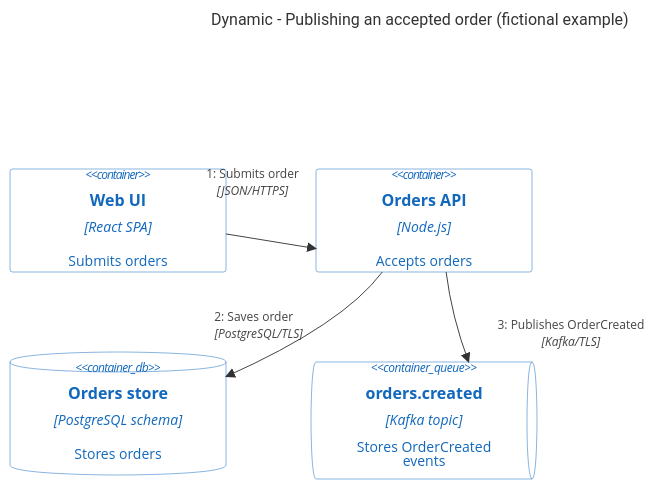
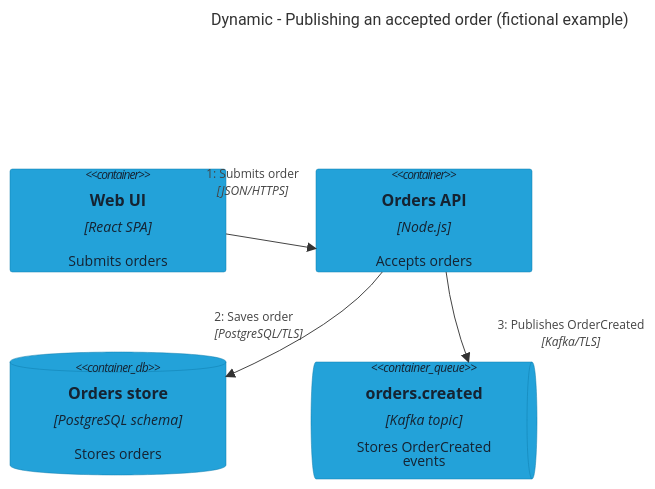
Before and after one commit to eccodolf/c4-mermaid: the diagram in assets/templates/dynamic.mmd, drawn with Mermaid. The commit also changed 134 other files, not shown here.

Commit message:
Require supplied native C4 assets and bundle reusable draw.io library

```diff
--- a/assets/templates/dynamic.mmd
+++ b/assets/templates/dynamic.mmd
@@ -1,29 +1,32 @@
 ---
 config:
   c4:
     c4ShapeMargin: 45
     c4ShapePadding: 10
     diagramMarginX: 15
     diagramMarginY: 15
 ---
 C4Dynamic
 title Dynamic - Publishing an accepted order (fictional example)
 Container(web, "Web UI", "React SPA", "Submits orders")
 Container(api, "Orders API", "Node.js", "Accepts orders")
 ContainerDb(db, "Orders store", "PostgreSQL schema", "Stores orders")
 ContainerQueue(topic, "orders.created", "Kafka topic", "Stores OrderCreated<br/>events")
 Rel(web, api, "Submits order", "JSON/HTTPS")
 Rel(api, db, "Saves order", "PostgreSQL/TLS")
 Rel(api, topic, "Publishes OrderCreated", "Kafka/TLS")
-UpdateElementStyle(web, $bgColor="#FFFFFF", $fontColor="#1168BD", $borderColor="#1168BD")
-UpdateElementStyle(api, $bgColor="#FFFFFF", $fontColor="#1168BD", $borderColor="#1168BD")
-UpdateElementStyle(db, $bgColor="#FFFFFF", $fontColor="#1168BD", $borderColor="#1168BD")
-UpdateElementStyle(topic, $bgColor="#FFFFFF", $fontColor="#1168BD", $borderColor="#1168BD")
+UpdateElementStyle(web, $bgColor="#23A2D9", $fontColor="#152332", $borderColor="#0E7DAD")
+UpdateElementStyle(api, $bgColor="#23A2D9", $fontColor="#152332", $borderColor="#0E7DAD")
+UpdateElementStyle(db, $bgColor="#23A2D9", $fontColor="#152332", $borderColor="#0E7DAD")
+UpdateElementStyle(topic, $bgColor="#23A2D9", $fontColor="#152332", $borderColor="#0E7DAD")
 UpdateRelStyle(web, api, $offsetX="-65", $offsetY="-70")
 UpdateRelStyle(api, db, $offsetX="-90", $offsetY="-10")
 UpdateRelStyle(api, topic, $offsetX="40", $offsetY="5")
 UpdateLayoutConfig($c4ShapeInRow="2", $c4BoundaryInRow="1")
 
-%% legend: Blue = participants belonging to Orders. Rectangles = applications. Cylinders = the explicitly typed database and topic.
+%% legend: Canonical draw.io C4 roles: dark blue Person, blue System, cyan Container, light cyan Component, muted violet external System. Mermaid glyphs adapt the native assets.
 %% legend: Numbers identify interaction order in this scenario. Arrow wording and protocol identify each message. Replies are outside this focused fragment.
 %% legend: Sizes accommodate content and carry no extra architectural meaning. Neutral relationship colors add no extra meaning. Arrowheads indicate the labeled direction.
+
+
+%% legend: Exact C4 shapes require the native draw.io companion; Mermaid syntax cannot import the native assets.
```
